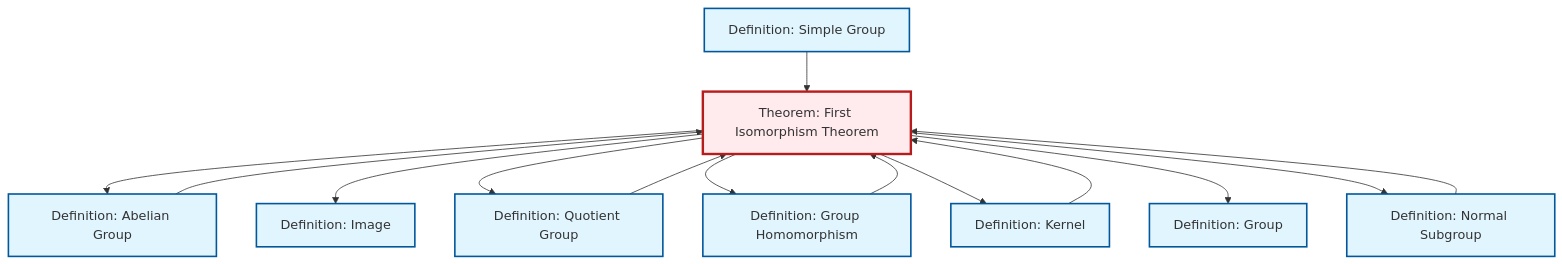
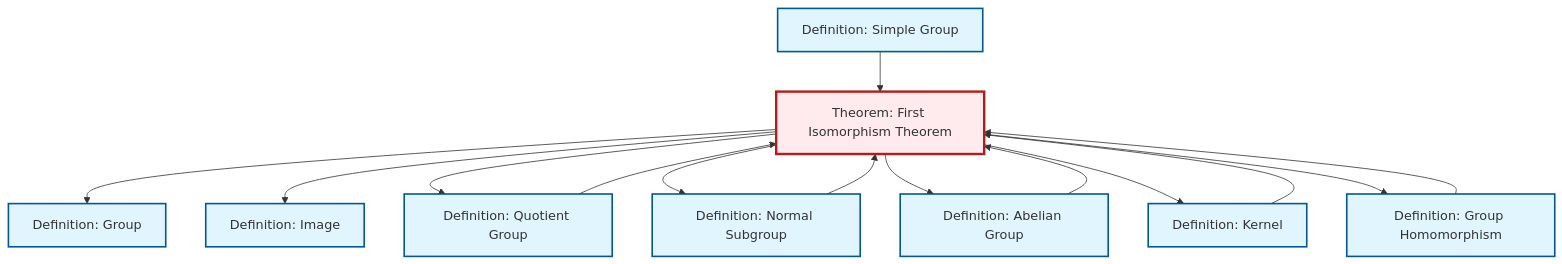
One commit to RK0429/ModernMath changed the diagram in content/en/algebra/thm-first-isomorphism.qmd. Above: the diagram before and after it, drawn with Mermaid. The commit also changed other lines of this file and 597 other files, not shown here.

````diff
--- a/content/en/algebra/thm-first-isomorphism.qmd
+++ b/content/en/algebra/thm-first-isomorphism.qmd
@@ -100,40 +100,40 @@
 ```{mermaid}
 %%| fig-cap: "Local dependency graph"
 graph TD
     classDef definition fill:#e1f5fe,stroke:#01579b,stroke-width:2px
     classDef theorem fill:#f3e5f5,stroke:#4a148c,stroke-width:2px
     classDef axiom fill:#fff3e0,stroke:#e65100,stroke-width:2px
     classDef example fill:#e8f5e9,stroke:#1b5e20,stroke-width:2px
     classDef current fill:#ffebee,stroke:#b71c1c,stroke-width:3px
     def-simple-group["Definition: Simple Group"]:::definition
+    def-homomorphism["Definition: Group Homomorphism"]:::definition
+    def-kernel["Definition: Kernel"]:::definition
+    thm-first-isomorphism["Theorem: First Isomorphism Theorem"]:::theorem
+    def-normal-subgroup["Definition: Normal Subgroup"]:::definition
+    def-abelian-group["Definition: Abelian Group"]:::definition
+    def-quotient-group["Definition: Quotient Group"]:::definition
+    def-group["Definition: Group"]:::definition
     def-image["Definition: Image"]:::definition
-    def-normal-subgroup["Definition: Normal Subgroup"]:::definition
-    def-quotient-group["Definition: Quotient Group"]:::definition
-    def-abelian-group["Definition: Abelian Group"]:::definition
-    def-kernel["Definition: Kernel"]:::definition
-    def-group["Definition: Group"]:::definition
-    def-homomorphism["Definition: Group Homomorphism"]:::definition
-    thm-first-isomorphism["Theorem: First Isomorphism Theorem"]:::theorem
-    thm-first-isomorphism --> def-abelian-group
-    def-quotient-group --> thm-first-isomorphism
+    thm-first-isomorphism --> def-group
+    def-kernel --> thm-first-isomorphism
     thm-first-isomorphism --> def-image
+    def-abelian-group --> thm-first-isomorphism
     thm-first-isomorphism --> def-quotient-group
-    thm-first-isomorphism --> def-homomorphism
-    thm-first-isomorphism --> def-kernel
-    thm-first-isomorphism --> def-group
-    def-simple-group --> thm-first-isomorphism
-    def-kernel --> thm-first-isomorphism
-    def-homomorphism --> thm-first-isomorphism
-    def-abelian-group --> thm-first-isomorphism
     def-normal-subgroup --> thm-first-isomorphism
     thm-first-isomorphism --> def-normal-subgroup
+    def-quotient-group --> thm-first-isomorphism
+    thm-first-isomorphism --> def-abelian-group
+    thm-first-isomorphism --> def-kernel
+    def-homomorphism --> thm-first-isomorphism
+    def-simple-group --> thm-first-isomorphism
+    thm-first-isomorphism --> def-homomorphism
     class thm-first-isomorphism current
     click def-simple-group "def-simple-group.html" "Go to Simple Group definition"
+    click def-homomorphism "def-homomorphism.html" "Go to Group Homomorphism definition"
+    click def-kernel "def-kernel.html" "Go to Kernel definition"
+    click def-normal-subgroup "def-normal-subgroup.html" "Go to Normal Subgroup definition"
+    click def-abelian-group "def-abelian-group.html" "Go to Abelian Group definition"
+    click def-quotient-group "def-quotient-group.html" "Go to Quotient Group definition"
+    click def-group "def-group.html" "Go to Group definition"
     click def-image "def-image.html" "Go to Image definition"
-    click def-normal-subgroup "def-normal-subgroup.html" "Go to Normal Subgroup definition"
-    click def-quotient-group "def-quotient-group.html" "Go to Quotient Group definition"
-    click def-abelian-group "def-abelian-group.html" "Go to Abelian Group definition"
-    click def-kernel "def-kernel.html" "Go to Kernel definition"
-    click def-group "def-group.html" "Go to Group definition"
-    click def-homomorphism "def-homomorphism.html" "Go to Group Homomorphism definition"
 ```
````
